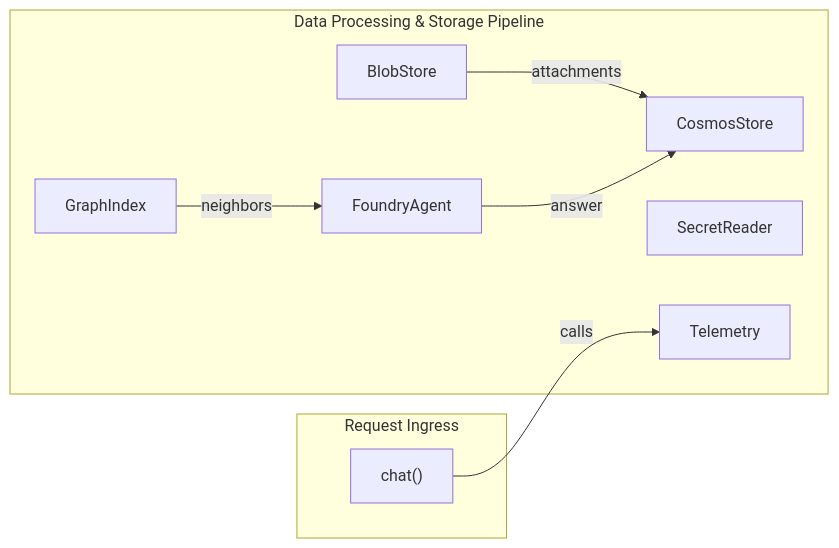
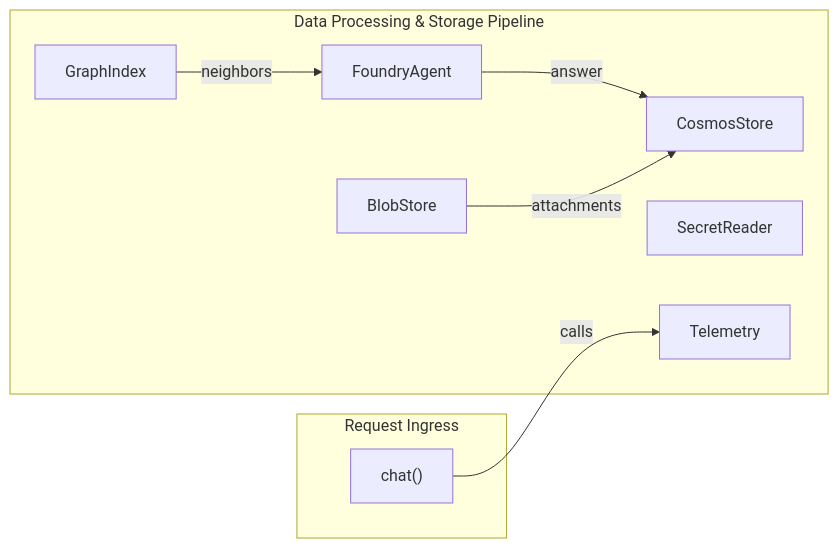
Before and after one commit to Dodhon/arch-map: the third of 4 diagrams in examples/azure-chatbot-architecture.md, drawn with Mermaid. The commit also changed other lines of this file and 2 other files, not shown here.

Commit message:
feat: add clickable source code navigation across Mermaid diagram nodes and Markdown tables

````diff
--- a/examples/azure-chatbot-architecture.md
+++ b/examples/azure-chatbot-architecture.md
@@ -107,18 +121,25 @@
 ```mermaid
 flowchart LR
     subgraph Ingress["Request Ingress"]
         C_chat["chat()"]
     end
     subgraph Pipeline["Data Processing & Storage Pipeline"]
         C_BlobStore["BlobStore"]
         C_CosmosStore["CosmosStore"]
         C_FoundryAgent["FoundryAgent"]
         C_GraphIndex["GraphIndex"]
         C_SecretReader["SecretReader"]
         C_Telemetry["Telemetry"]
     end
     C_chat -->|calls| C_Telemetry
     C_GraphIndex -->|neighbors| C_FoundryAgent
+    C_FoundryAgent -->|answer| C_CosmosStore
     C_BlobStore -->|attachments| C_CosmosStore
-    C_FoundryAgent -->|answer| C_CosmosStore
+    click C_chat href "azure-chatbot/src/app.py#L23" "Jump to chat in src/app.py"
+    click C_BlobStore href "azure-chatbot/src/blob.py#L5" "Jump to BlobStore in src/blob.py"
+    click C_CosmosStore href "azure-chatbot/src/cosmos.py#L5" "Jump to CosmosStore in src/cosmos.py"
+    click C_FoundryAgent href "azure-chatbot/src/foundry.py#L6" "Jump to FoundryAgent in src/foundry.py"
+    click C_GraphIndex href "azure-chatbot/src/graph.py#L5" "Jump to GraphIndex in src/graph.py"
+    click C_SecretReader href "azure-chatbot/src/secrets.py#L5" "Jump to SecretReader in src/secrets.py"
+    click C_Telemetry href "azure-chatbot/src/telemetry.py#L7" "Jump to Telemetry in src/telemetry.py"
 ```
````
